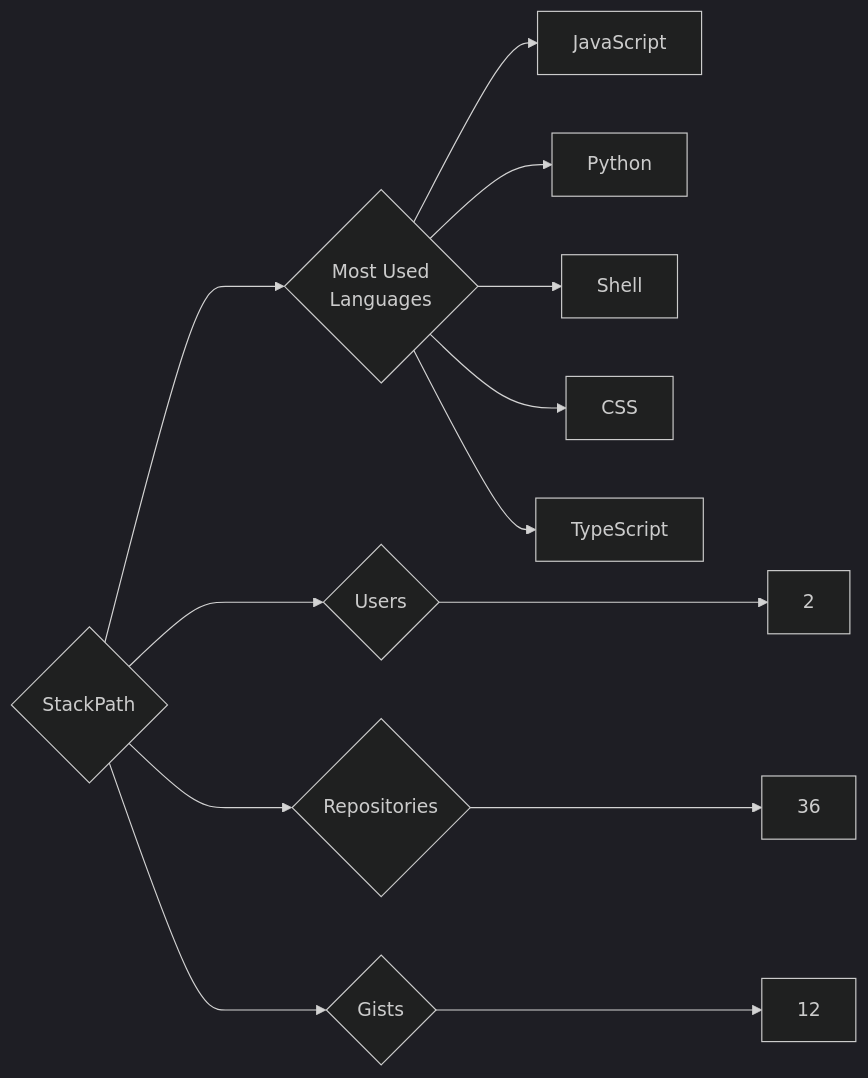
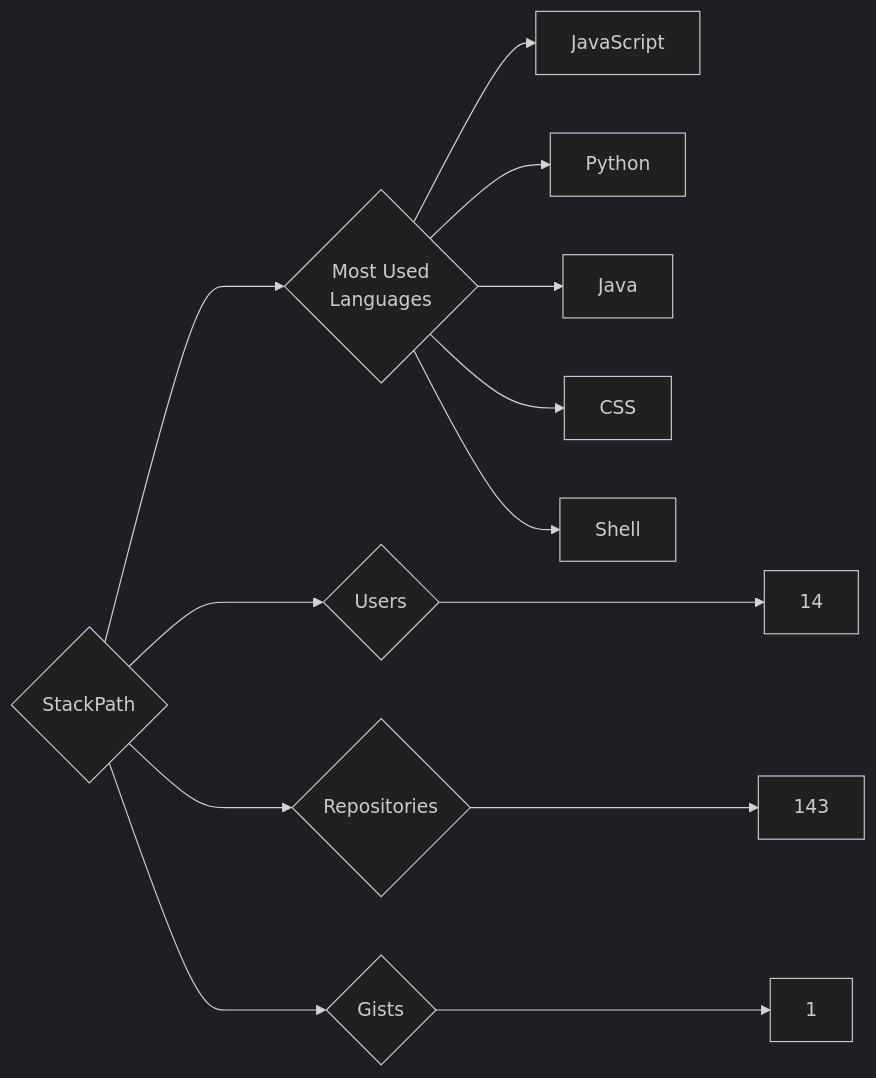
Before and after one commit to trickest/insiders: the diagram in targets/StackPath/README.md, drawn with Mermaid (dark theme). The commit also changed 860 other files, not shown here.

````diff
--- a/targets/StackPath/README.md
+++ b/targets/StackPath/README.md
@@ -3,13 +3,13 @@
 ```mermaid
 graph LR
 COMPANY_NAME{StackPath}
-COMPANY_NAME ---> U{Users} ---> UN[2]
-COMPANY_NAME ---> R{Repositories} ---> RN[36]
-COMPANY_NAME ---> G{Gists} ---> GN[12]
+COMPANY_NAME ---> U{Users} ---> UN[14]
+COMPANY_NAME ---> R{Repositories} ---> RN[143]
+COMPANY_NAME ---> G{Gists} ---> GN[1]
 COMPANY_NAME ---> ML{Most Used<br>Languages}
 ML --> JavaScript[JavaScript]
 ML --> Python[Python]
+ML --> Java[Java]
+ML --> CSS[CSS]
 ML --> Shell[Shell]
-ML --> CSS[CSS]
-ML --> TypeScript[TypeScript]
 ```
````
